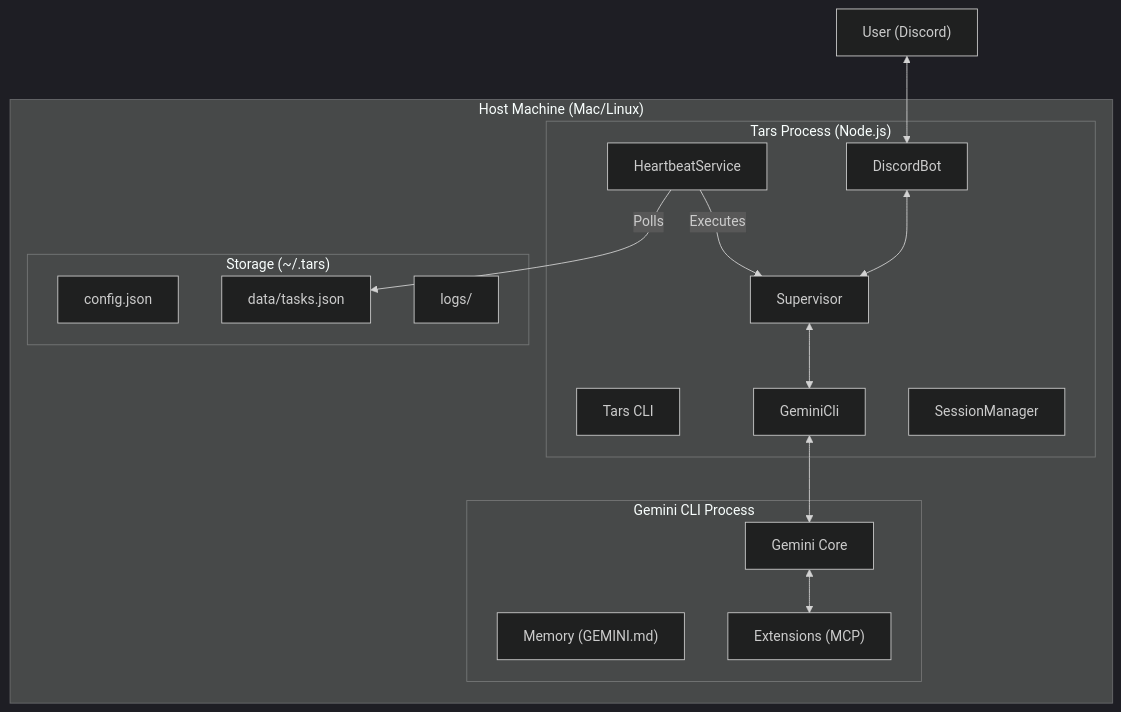
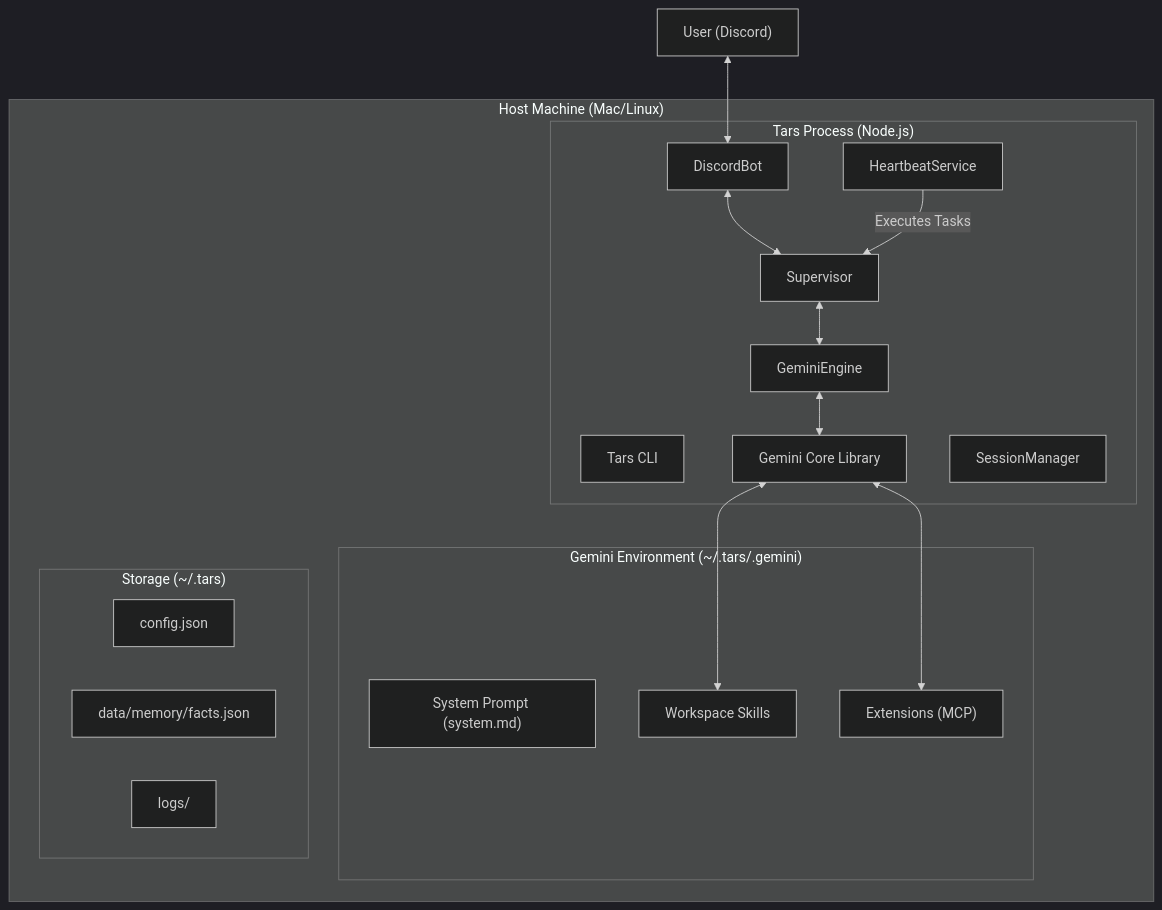
One commit to agustinsacco/tars changed the diagram in docs/ARCHITECTURE.md. Above: the diagram before and after it, drawn with Mermaid (dark theme). The commit also changed other lines of this file and 6 other files, not shown here.

Commit message:
doc: update architecture documentation and add unit tests for gemini engine

````diff
--- a/docs/ARCHITECTURE.md
+++ b/docs/ARCHITECTURE.md
@@ -9,33 +9,34 @@
 ```mermaid
 graph TB
     subgraph "Host Machine (Mac/Linux)"
         subgraph "Tars Process (Node.js)"
             CLI["Tars CLI"]
             DB["DiscordBot"]
             SV["Supervisor"]
-            GC["GeminiCli"]
+            GE["GeminiEngine"]
+            CORE["Gemini Core Library"]
             SM["SessionManager"]
             HB["HeartbeatService"]
         end
 
-        subgraph "Gemini CLI Process"
-            Core["Gemini Core"]
-            Mem["Memory (GEMINI.md)"]
+        subgraph "Gemini Environment (~/.tars/.gemini)"
+            Prompt["System Prompt (system.md)"]
+            Skills["Workspace Skills"]
             Ext["Extensions (MCP)"]
         end
 
         subgraph "Storage (~/.tars)"
             Config["config.json"]
-            Tasks["data/tasks.json"]
+            Memory["data/memory/facts.json"]
             Logs["logs/"]
         end
     end
 
     User["User (Discord)"] <--> DB
     DB <--> SV
-    SV <--> GC
-    GC <--> Core
-    Core <--> Ext
-    HB -- Polls --> Tasks
-    HB -- Executes --> SV
+    SV <--> GE
+    GE <--> CORE
+    CORE <--> Ext
+    CORE <--> Skills
+    HB -- Executes Tasks --> SV
 ```
````
